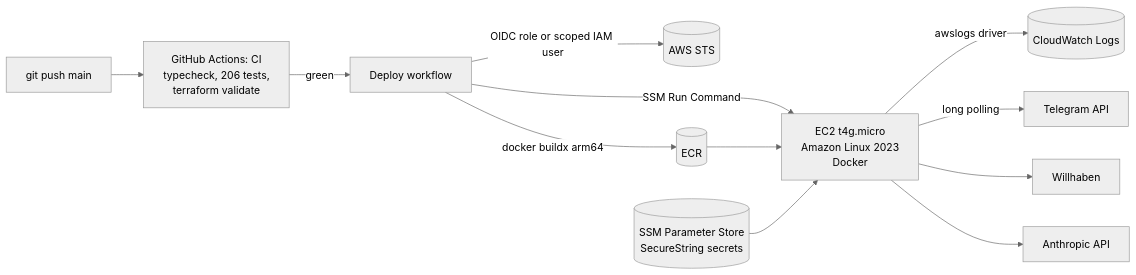
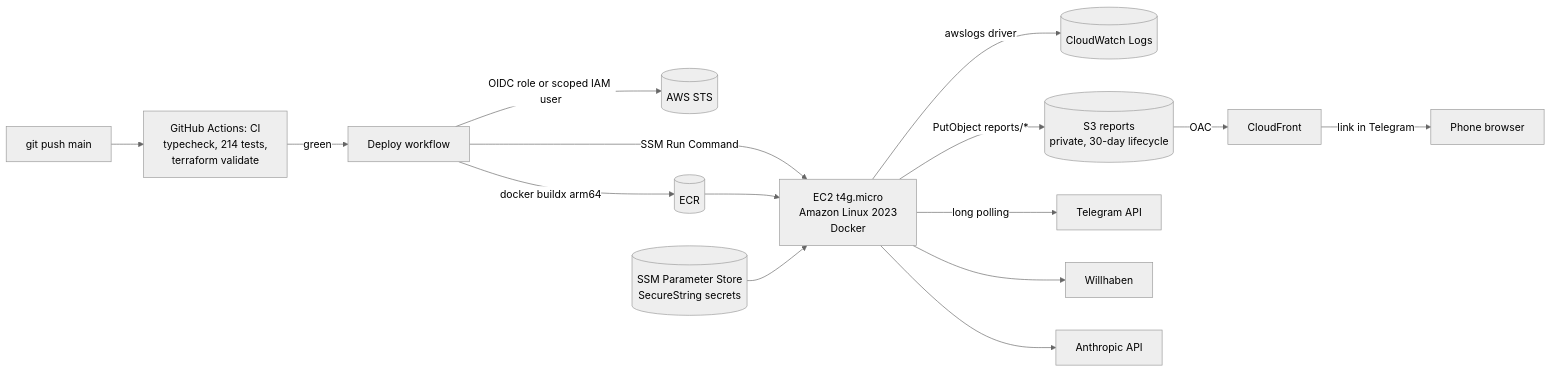
Before and after one commit to IvanSytnik/dealradar: the diagram in docs/aws.md, drawn with Mermaid (neutral theme). The commit also changed other lines of this file and 1 other file, not shown here.

````diff
--- a/docs/aws.md
+++ b/docs/aws.md
@@ -6,14 +6,16 @@
 ```mermaid
 flowchart LR
-  dev[git push main] --> ci[GitHub Actions: CI<br/>typecheck, 206 tests,<br/>terraform validate]
+  dev[git push main] --> ci[GitHub Actions: CI<br/>typecheck, 214 tests,<br/>terraform validate]
   ci -->|green| cd[Deploy workflow]
   cd -->|OIDC role or scoped IAM user| sts[(AWS STS)]
   cd -->|docker buildx arm64| ecr[(ECR)]
   cd -->|SSM Run Command| ec2[EC2 t4g.micro<br/>Amazon Linux 2023<br/>Docker]
   ecr --> ec2
   ssm[(SSM Parameter Store<br/>SecureString secrets)] --> ec2
   ec2 -->|awslogs driver| cw[(CloudWatch Logs)]
+  ec2 -->|PutObject reports/*| s3[(S3 reports<br/>private, 30-day lifecycle)]
+  s3 -->|OAC| cf[CloudFront] -->|link in Telegram| user[Phone browser]
   ec2 -->|long polling| tg[Telegram API]
   ec2 --> wh[Willhaben]
   ec2 --> ai[Anthropic API]
 ```
````
